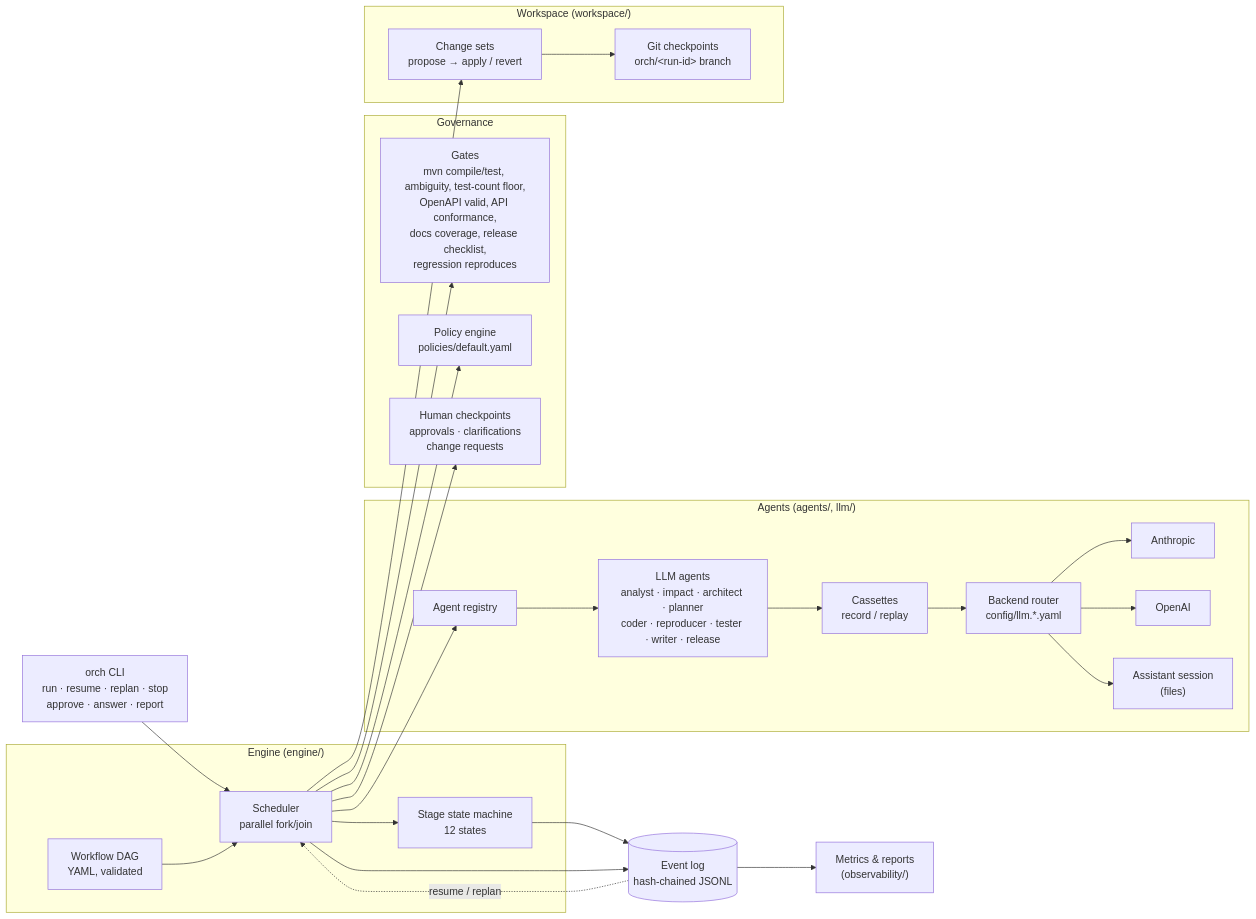
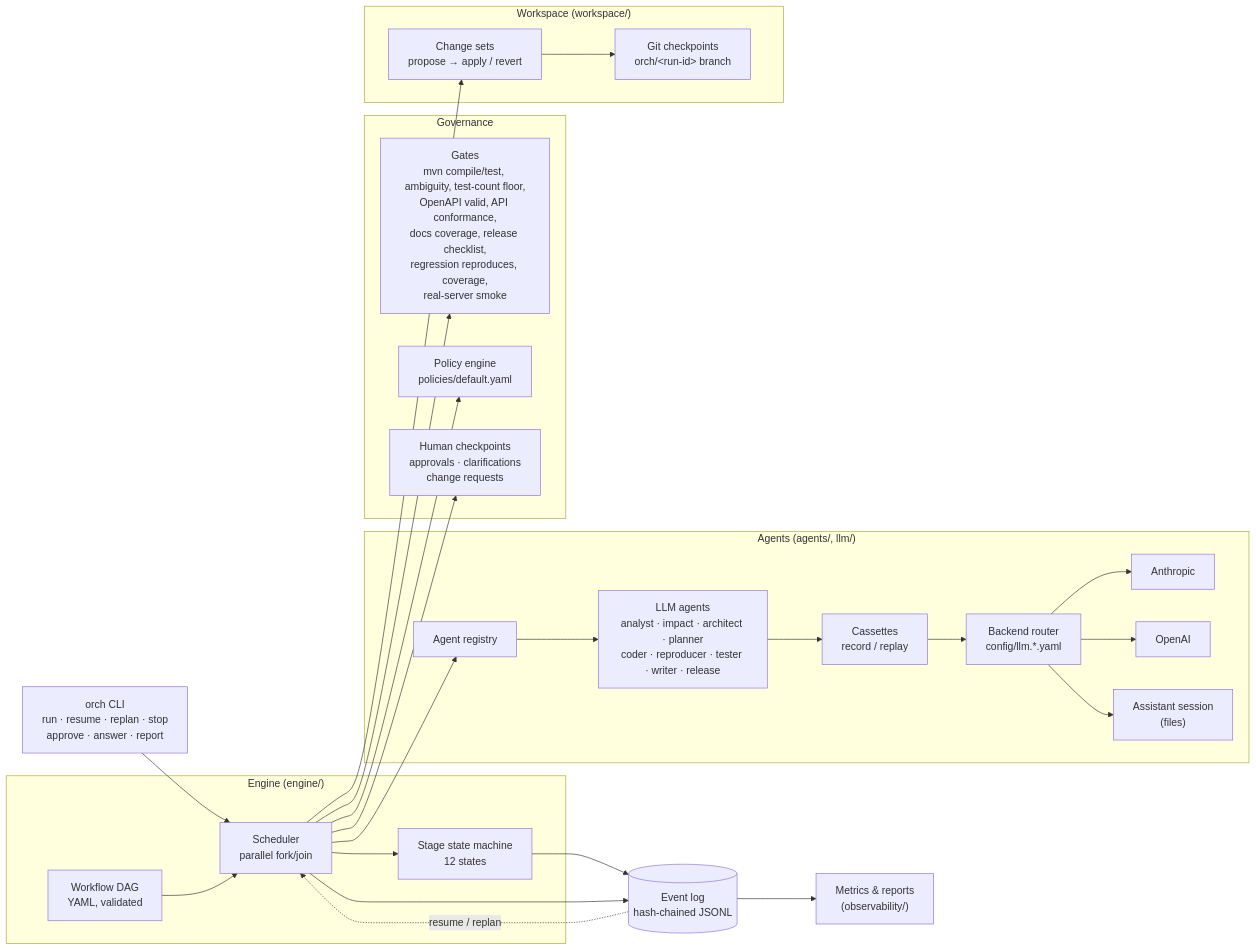
The first of 6 diagrams in docs/ARCHITECTURE.md (roopesh99/agentic-url-shortener), drawn with Mermaid before and after one commit. The commit also changed other lines of this file and 7 other files, not shown here.

First line of the commit message:
Document the release gates, the two auto-selected runs and their fixes

````diff
--- a/docs/ARCHITECTURE.md
+++ b/docs/ARCHITECTURE.md
@@ -17,39 +17,39 @@
 ```mermaid
 flowchart LR
     CLI["orch CLI<br/>run · resume · replan · stop<br/>approve · answer · report"]
     subgraph Engine["Engine (engine/)"]
         DAG["Workflow DAG<br/>YAML, validated"]
         SCH["Scheduler<br/>parallel fork/join"]
         SM["Stage state machine<br/>12 states"]
     end
     subgraph Agents["Agents (agents/, llm/)"]
         REG["Agent registry"]
         LLMA["LLM agents<br/>analyst · impact · architect · planner<br/>coder · reproducer · tester · writer · release"]
         ROUTE["Backend router<br/>config/llm.*.yaml"]
         P1["Anthropic"]
         P2["OpenAI"]
         P3["Assistant session<br/>(files)"]
         CAS["Cassettes<br/>record / replay"]
     end
     subgraph Governance
-        GATES["Gates<br/>mvn compile/test, ambiguity, test-count floor,<br/>OpenAPI valid, API conformance,<br/>docs coverage, release checklist,<br/>regression reproduces"]
+        GATES["Gates<br/>mvn compile/test, ambiguity, test-count floor,<br/>OpenAPI valid, API conformance,<br/>docs coverage, release checklist,<br/>regression reproduces, coverage,<br/>real-server smoke"]
         POL["Policy engine<br/>policies/default.yaml"]
         APP["Human checkpoints<br/>approvals · clarifications<br/>change requests"]
     end
     subgraph Workspace["Workspace (workspace/)"]
         CS["Change sets<br/>propose → apply / revert"]
         GIT["Git checkpoints<br/>orch/&lt;run-id&gt; branch"]
     end
     LOG[("Event log<br/>hash-chained JSONL")]
     OBS["Metrics & reports<br/>(observability/)"]
 
     CLI --> SCH
     DAG --> SCH --> SM
     SCH --> REG --> LLMA --> CAS --> ROUTE --> P1 & P2 & P3
     SCH --> POL & GATES & APP
     SCH --> CS --> GIT
     SM --> LOG
     SCH --> LOG
     LOG --> OBS
     LOG -. resume / replan .-> SCH
 ```
````
